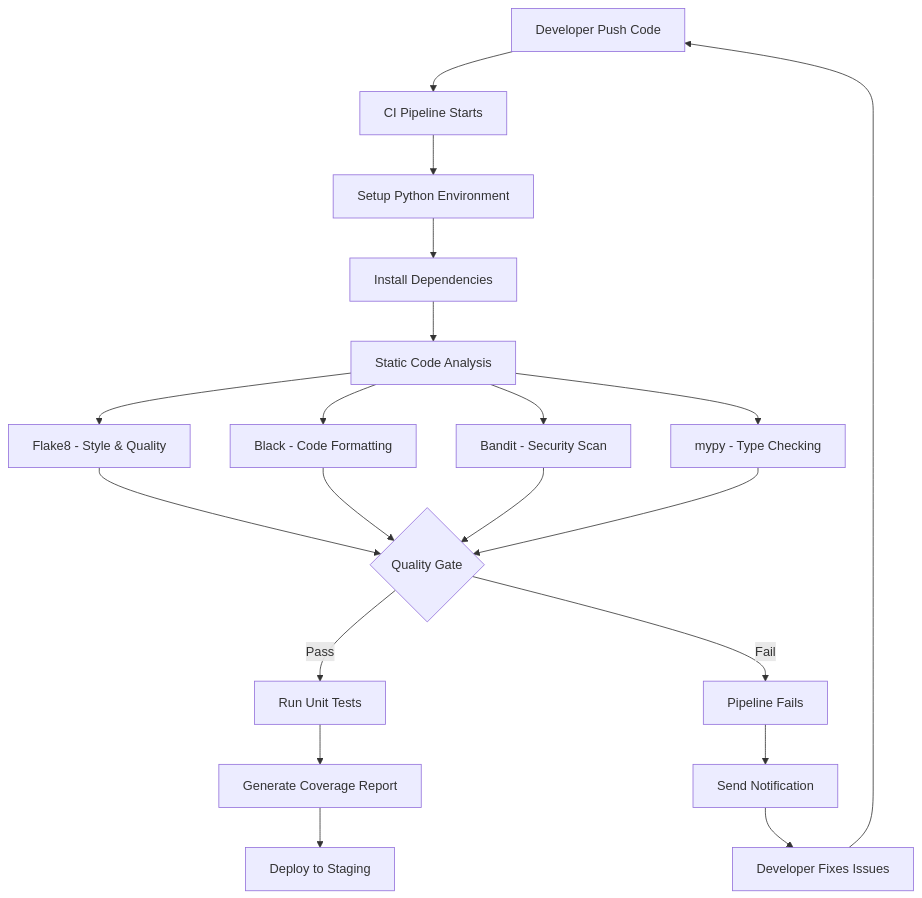
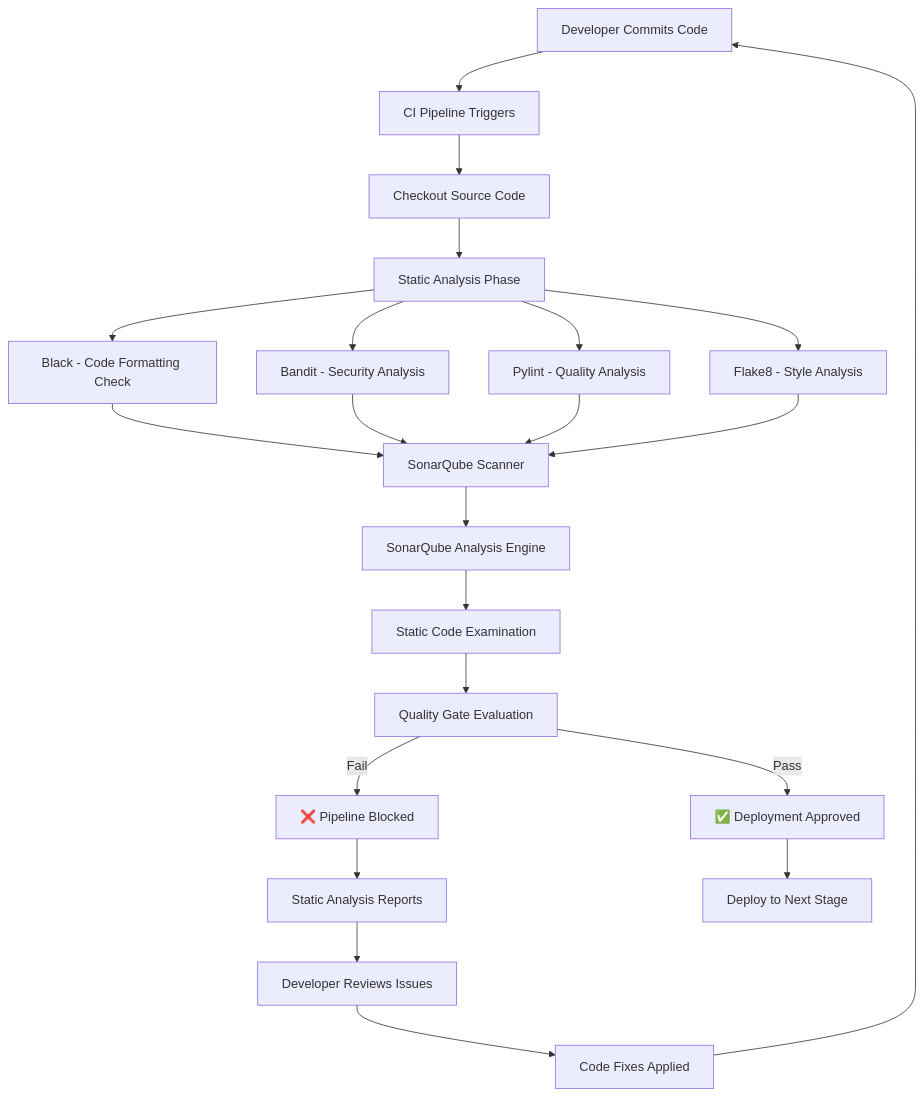
One commit to Ashutosh-kr11/sprint-2 changed the diagram in Python CI Checks /Static code analysis/DOC.md. Above: the diagram before and after it, drawn with Mermaid. The commit also changed other lines of this file, not shown here.

````diff
--- a/Python CI Checks /Static code analysis/DOC.md
+++ b/Python CI Checks /Static code analysis/DOC.md
@@ -81,27 +81,31 @@
 ```mermaid
 graph TD
-    A[Developer Push Code] --> B[CI Pipeline Starts]
-    B --> C[Setup Python Environment]
-    C --> D[Install Dependencies]
-    D --> E[Static Code Analysis]
+    A[Developer Commits Code] --> B[CI Pipeline Triggers]
+    B --> C[Checkout Source Code]
+    C --> D[Static Analysis Phase]
     
-    E --> F[Flake8 - Style & Quality]
-    E --> G[Black - Code Formatting]
-    E --> H[Bandit - Security Scan]
-    E --> I[mypy - Type Checking]
+    D --> E[Black - Code Formatting Check]
+    D --> F[Bandit - Security Analysis]
+    D --> G[Pylint - Quality Analysis]
+    D --> H[Flake8 - Style Analysis]
     
-    F --> J{Quality Gate}
-    G --> J
-    H --> J
-    I --> J
+    E --> I[SonarQube Scanner]
+    F --> I
+    G --> I
+    H --> I
     
-    J -->|Pass| K[Run Unit Tests]
-    J -->|Fail| L[Pipeline Fails]
+    I --> J[SonarQube Analysis Engine]
+    J --> K[Static Code Examination]
+    K --> L[Quality Gate Evaluation]
     
-    K --> M[Generate Coverage Report]
-    M --> N[Deploy to Staging]
+    L -->|Pass| M[✅ Deployment Approved]
+    L -->|Fail| N[❌ Pipeline Blocked]
     
-    L --> O[Send Notification]
-    O --> P[Developer Fixes Issues]
-    P --> A
+    N --> O[Static Analysis Reports]
+    O --> P[Developer Reviews Issues]
+    P --> Q[Code Fixes Applied]
+    Q --> A
+    
+    M --> R[Deploy to Next Stage]
+    
 ```
````
